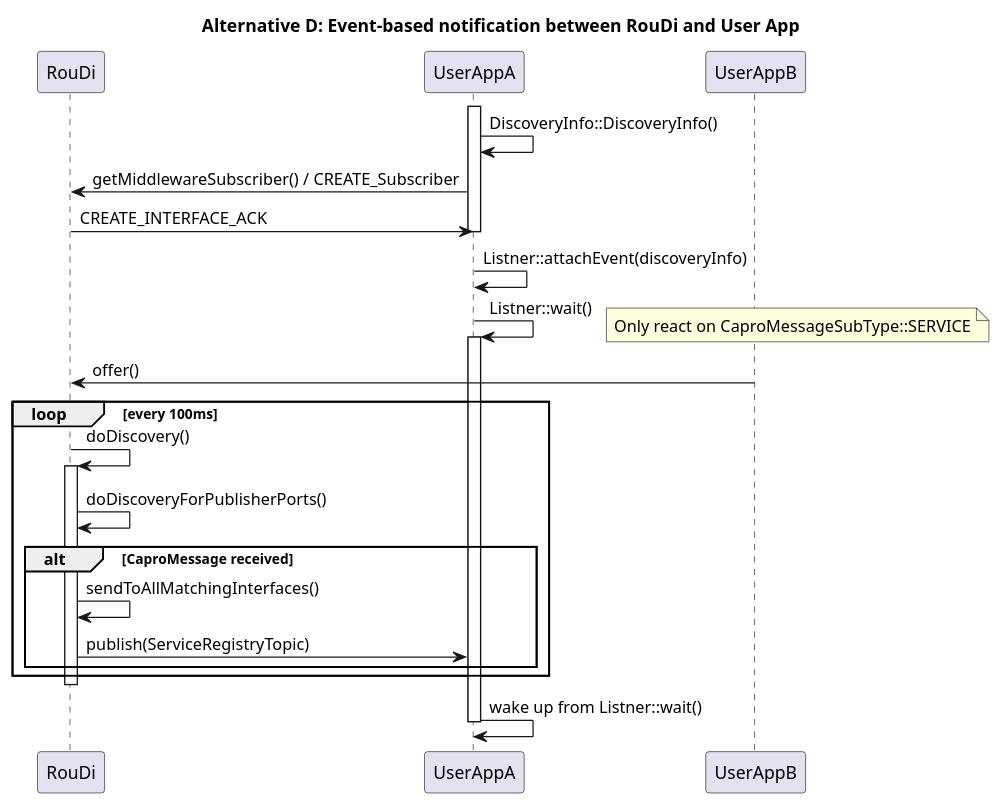
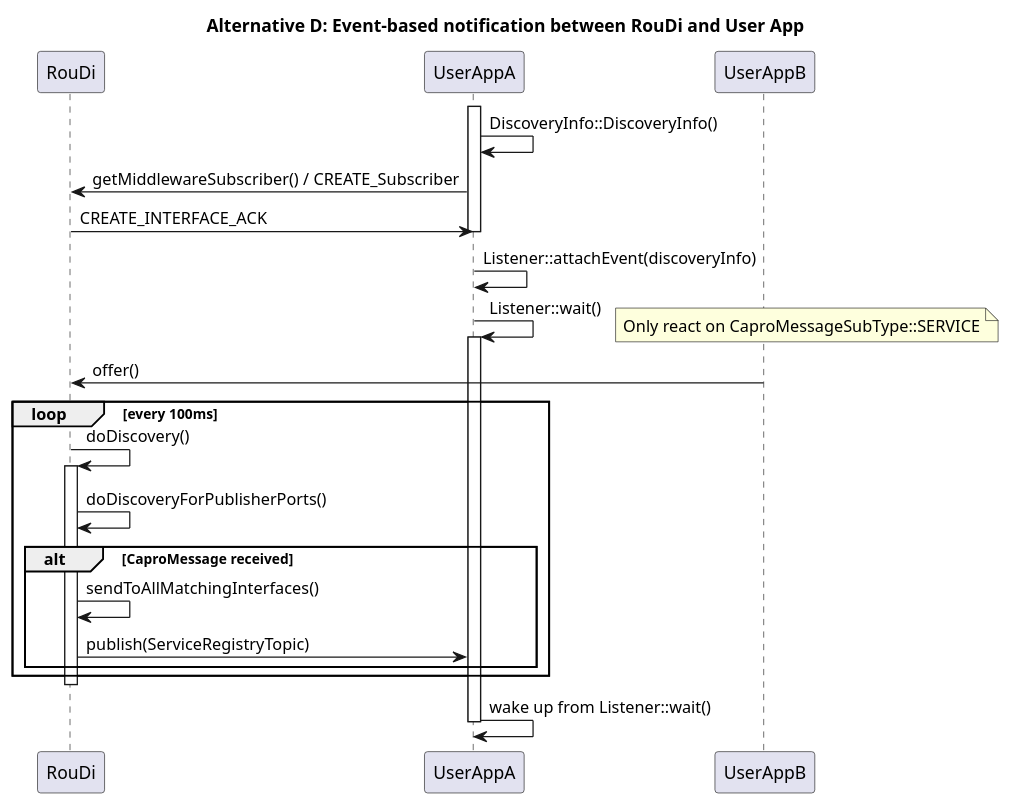
Before and after one commit to eclipse-iceoryx/iceoryx: the diagram in doc/design/diagrams/service-discovery/service-discovery-sequence-diagram-alternative-d.puml, drawn with PlantUML. The commit also changed 3 other files, not shown here.

```diff
--- a/doc/design/diagrams/service-discovery/service-discovery-sequence-diagram-alternative-d.puml
+++ b/doc/design/diagrams/service-discovery/service-discovery-sequence-diagram-alternative-d.puml
@@ -1,38 +1,38 @@
 @startuml
 title Alternative D: Event-based notification between RouDi and User App
 
 participant RouDi
 participant UserAppA
 participant UserAppB
 
 activate UserAppA
 
 UserAppA->UserAppA: DiscoveryInfo::DiscoveryInfo()
 UserAppA->RouDi:  getMiddlewareSubscriber() / CREATE_Subscriber
 
 RouDi->UserAppA: CREATE_INTERFACE_ACK
 deactivate UserAppA
 
-UserAppA->UserAppA: Listner::attachEvent(discoveryInfo)
+UserAppA->UserAppA: Listener::attachEvent(discoveryInfo)
 
 
-UserAppA->UserAppA: Listner::wait()
+UserAppA->UserAppA: Listener::wait()
 activate UserAppA
 note right: Only react on CaproMessageSubType::SERVICE
 
 UserAppB->RouDi: offer()
 loop every 100ms
     RouDi->RouDi: doDiscovery()
 
     activate RouDi
     RouDi->RouDi: doDiscoveryForPublisherPorts()
     alt CaproMessage received
         RouDi->RouDi: sendToAllMatchingInterfaces()
         RouDi->UserAppA: publish(ServiceRegistryTopic)
     end
 end
 deactivate RouDi
-UserAppA->UserAppA: wake up from Listner::wait()
+UserAppA->UserAppA: wake up from Listener::wait()
 deactivate UserAppA
 
 @enduml
```
